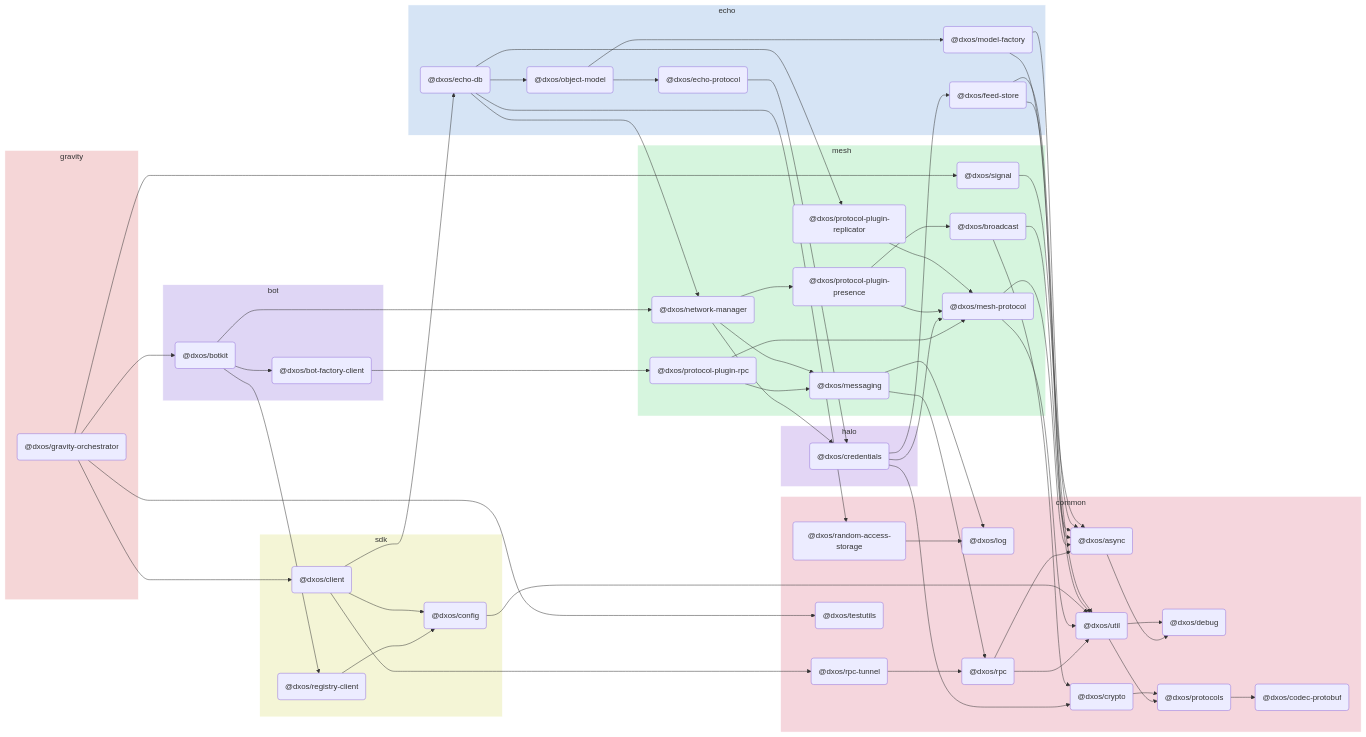
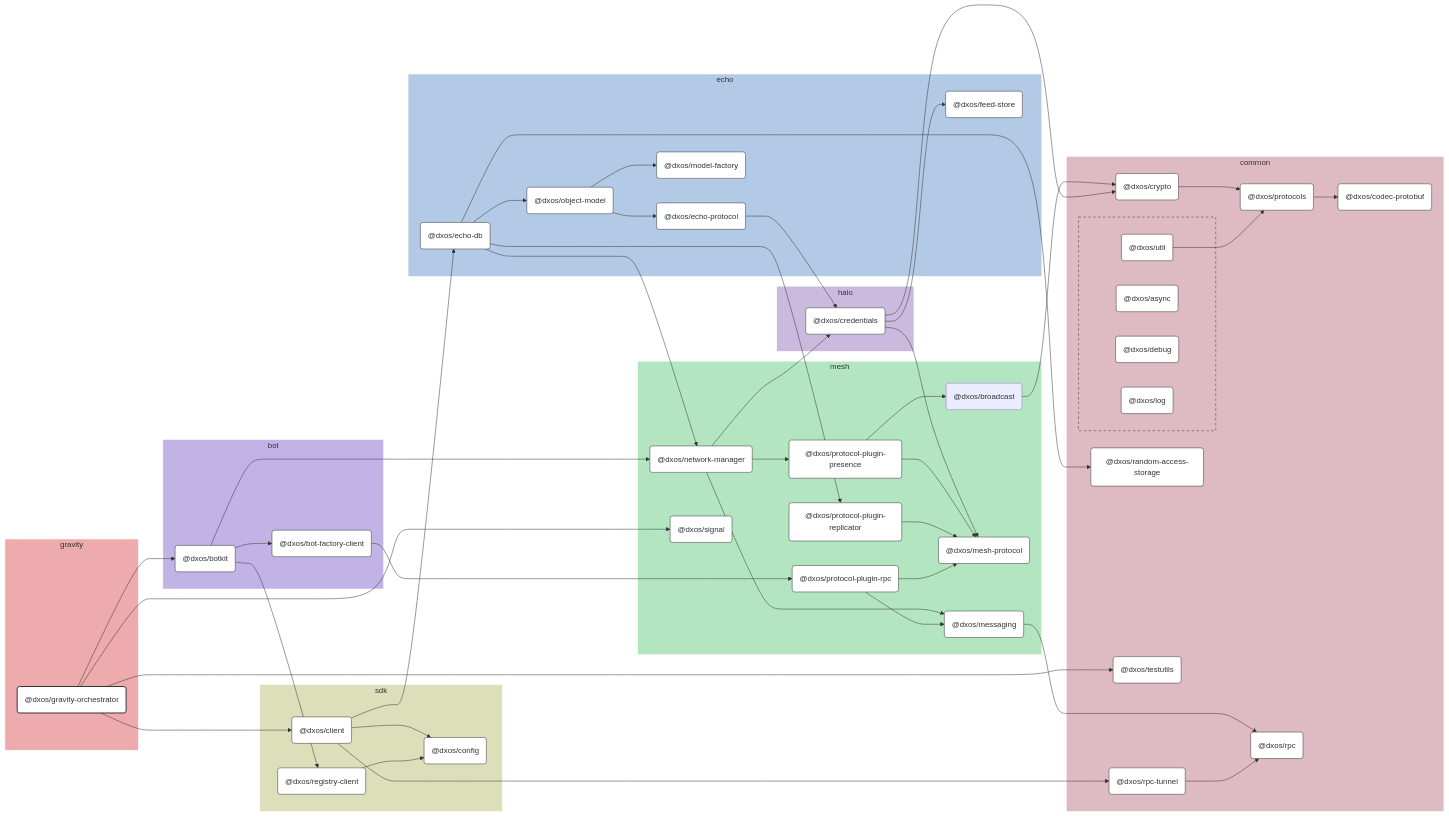
Before and after one commit to dxos/dxos: the diagram in packages/gravity/orchestrator/docs/README.md, drawn with Mermaid. The commit also changed other lines of this file and 109 other files, not shown here.

````diff
--- a/packages/gravity/orchestrator/docs/README.md
+++ b/packages/gravity/orchestrator/docs/README.md
@@ -5,114 +7,184 @@
 ```mermaid
-flowchart LR;
+%%{ init: {'flowchart':{'curve':'basis'}} }%%
 
+flowchart LR
+
+%% Links
+dxos/bot-factory-client --> dxos/protocol-plugin-rpc;
+dxos/botkit --> dxos/bot-factory-client;
+dxos/botkit --> dxos/network-manager;
+dxos/botkit --> dxos/registry-client;
+dxos/broadcast --> dxos/crypto;
+dxos/client --> dxos/config;
+dxos/client --> dxos/echo-db;
+dxos/client --> dxos/rpc-tunnel;
+dxos/credentials --> dxos/crypto;
+dxos/credentials --> dxos/feed-store;
+dxos/credentials --> dxos/mesh-protocol;
+dxos/crypto --> dxos/protocols;
+dxos/echo-db --> dxos/network-manager;
+dxos/echo-db --> dxos/object-model;
+dxos/echo-db --> dxos/protocol-plugin-replicator;
+dxos/echo-db --> dxos/random-access-storage;
+dxos/echo-protocol --> dxos/credentials;
+dxos/gravity-orchestrator --> dxos/botkit;
+dxos/gravity-orchestrator --> dxos/client;
+dxos/gravity-orchestrator --> dxos/signal;
+dxos/gravity-orchestrator --> dxos/testutils;
+dxos/messaging --> dxos/rpc;
+dxos/network-manager --> dxos/credentials;
+dxos/network-manager --> dxos/messaging;
+dxos/network-manager --> dxos/protocol-plugin-presence;
+dxos/object-model --> dxos/echo-protocol;
+dxos/object-model --> dxos/model-factory;
+dxos/protocol-plugin-presence --> dxos/broadcast;
+dxos/protocol-plugin-presence --> dxos/mesh-protocol;
+dxos/protocol-plugin-replicator --> dxos/mesh-protocol;
+dxos/protocol-plugin-rpc --> dxos/mesh-protocol;
+dxos/protocol-plugin-rpc --> dxos/messaging;
+dxos/protocols --> dxos/codec-protobuf;
+dxos/registry-client --> dxos/config;
+dxos/rpc-tunnel --> dxos/rpc;
+dxos/util --> dxos/protocols;
+
+%% Sections
 subgraph gravity
-  style gravity fill:#f5d6d7,stroke:#fff;
-  dxos/gravity-orchestrator("@dxos/gravity-orchestrator");
+  style gravity fill:#edabad,stroke:#fff;
+
+  dxos/gravity-orchestrator("@dxos/gravity-orchestrator")
 end
 
 subgraph bot
-  style bot fill:#dfd6f5,stroke:#fff;
-  dxos/bot-factory-client("@dxos/bot-factory-client");
-  dxos/botkit("@dxos/botkit");
+  style bot fill:#c2b3e6,stroke:#fff;
+
+  dxos/bot-factory-client("@dxos/bot-factory-client")
+  dxos/botkit("@dxos/botkit")
 end
 
 subgraph common
-  style common fill:#f5d6dd,stroke:#fff;
-  dxos/async("@dxos/async");
-  dxos/debug("@dxos/debug");
-  dxos/codec-protobuf("@dxos/codec-protobuf");
-  dxos/log("@dxos/log");
-  dxos/protocols("@dxos/protocols");
-  dxos/rpc("@dxos/rpc");
-  dxos/util("@dxos/util");
-  dxos/crypto("@dxos/crypto");
-  dxos/random-access-storage("@dxos/random-access-storage");
-  dxos/rpc-tunnel("@dxos/rpc-tunnel");
-  dxos/testutils("@dxos/testutils");
+  style common fill:#debac2,stroke:#fff;
+
+  dxos/codec-protobuf("@dxos/codec-protobuf")
+  dxos/crypto("@dxos/crypto")
+  dxos/protocols("@dxos/protocols")
+  dxos/random-access-storage("@dxos/random-access-storage")
+  dxos/rpc("@dxos/rpc")
+  dxos/rpc-tunnel("@dxos/rpc-tunnel")
+  dxos/testutils("@dxos/testutils")
+
+  subgraph common-excluded [ ]
+    style common-excluded fill:#debac2,stroke:#333,stroke-dasharray:5 5;
+
+    dxos/async("@dxos/async")
+    dxos/debug("@dxos/debug")
+    dxos/log("@dxos/log")
+    dxos/util("@dxos/util")
+  end
 end
 
 subgraph mesh
-  style mesh fill:#d6f5de,stroke:#fff;
-  dxos/protocol-plugin-rpc("@dxos/protocol-plugin-rpc");
-  dxos/messaging("@dxos/messaging");
-  dxos/mesh-protocol("@dxos/mesh-protocol");
-  dxos/network-manager("@dxos/network-manager");
-  dxos/protocol-plugin-presence("@dxos/protocol-plugin-presence");
-  dxos/broadcast("@dxos/broadcast");
-  dxos/protocol-plugin-replicator("@dxos/protocol-plugin-replicator");
-  dxos/signal("@dxos/signal");
+  style mesh fill:#b3e6c0,stroke:#fff;
+
+  dxos/broadcast("@dxos/broadcast")
+  dxos/mesh-protocol("@dxos/mesh-protocol")
+  dxos/messaging("@dxos/messaging")
+  dxos/network-manager("@dxos/network-manager")
+  dxos/protocol-plugin-presence("@dxos/protocol-plugin-presence")
+  dxos/protocol-plugin-replicator("@dxos/protocol-plugin-replicator")
+  dxos/protocol-plugin-rpc("@dxos/protocol-plugin-rpc")
+  dxos/signal("@dxos/signal")
 end
 
 subgraph sdk
-  style sdk fill:#f4f5d6,stroke:#fff;
-  dxos/config("@dxos/config");
-  dxos/registry-client("@dxos/registry-client");
-  dxos/client("@dxos/client");
+  style sdk fill:#dddeba,stroke:#fff;
+
+  dxos/client("@dxos/client")
+  dxos/config("@dxos/config")
+  dxos/registry-client("@dxos/registry-client")
 end
 
 subgraph halo
-  style halo fill:#e3d6f5,stroke:#fff;
-  dxos/credentials("@dxos/credentials");
+  style halo fill:#cabade,stroke:#fff;
+
+  dxos/credentials("@dxos/credentials")
 end
 
 subgraph echo
-  style echo fill:#d6e4f5,stroke:#fff;
-  dxos/feed-store("@dxos/feed-store");
-  dxos/echo-db("@dxos/echo-db");
-  dxos/echo-protocol("@dxos/echo-protocol");
-  dxos/model-factory("@dxos/model-factory");
-  dxos/object-model("@dxos/object-model");
+  style echo fill:#b3cae6,stroke:#fff;
+
+  dxos/echo-db("@dxos/echo-db")
+  dxos/echo-protocol("@dxos/echo-protocol")
+  dxos/feed-store("@dxos/feed-store")
+  dxos/model-factory("@dxos/model-factory")
+  dxos/object-model("@dxos/object-model")
 end
 
-dxos/async --> dxos/debug;
-dxos/bot-factory-client --> dxos/protocol-plugin-rpc;
-dxos/protocol-plugin-rpc --> dxos/messaging;
-dxos/messaging --> dxos/log;
-dxos/protocols --> dxos/codec-protobuf;
-dxos/messaging --> dxos/rpc;
-dxos/rpc --> dxos/async;
-dxos/rpc --> dxos/util;
-dxos/util --> dxos/debug;
-dxos/util --> dxos/protocols;
-dxos/protocol-plugin-rpc --> dxos/mesh-protocol;
-dxos/mesh-protocol --> dxos/async;
-dxos/mesh-protocol --> dxos/util;
-dxos/gravity-orchestrator --> dxos/botkit;
-dxos/botkit --> dxos/bot-factory-client;
-dxos/config --> dxos/util;
-dxos/crypto --> dxos/protocols;
-dxos/botkit --> dxos/network-manager;
-dxos/network-manager --> dxos/credentials;
-dxos/credentials --> dxos/crypto;
-dxos/credentials --> dxos/feed-store;
-dxos/feed-store --> dxos/async;
-dxos/feed-store --> dxos/util;
-dxos/credentials --> dxos/mesh-protocol;
-dxos/network-manager --> dxos/messaging;
-dxos/network-manager --> dxos/protocol-plugin-presence;
-dxos/protocol-plugin-presence --> dxos/broadcast;
-dxos/broadcast --> dxos/async;
-dxos/broadcast --> dxos/crypto;
-dxos/protocol-plugin-presence --> dxos/mesh-protocol;
-dxos/botkit --> dxos/registry-client;
-dxos/registry-client --> dxos/config;
-dxos/gravity-orchestrator --> dxos/client;
-dxos/client --> dxos/config;
-dxos/client --> dxos/echo-db;
-dxos/echo-protocol --> dxos/credentials;
-dxos/model-factory --> dxos/async;
-dxos/model-factory --> dxos/util;
-dxos/echo-db --> dxos/network-manager;
-dxos/echo-db --> dxos/object-model;
-dxos/object-model --> dxos/echo-protocol;
-dxos/object-model --> dxos/model-factory;
-dxos/echo-db --> dxos/protocol-plugin-replicator;
-dxos/protocol-plugin-replicator --> dxos/mesh-protocol;
-dxos/echo-db --> dxos/random-access-storage;
-dxos/random-access-storage --> dxos/log;
-dxos/client --> dxos/rpc-tunnel;
-dxos/rpc-tunnel --> dxos/rpc;
-dxos/gravity-orchestrator --> dxos/signal;
-dxos/signal --> dxos/async;
-dxos/gravity-orchestrator --> dxos/testutils;
+
+%% Hyperlinks
+click dxos/async href "https:/github.com/dxos/dxos/tree/main/packages/common/async/docs";
+click dxos/bot-factory-client href "https:/github.com/dxos/dxos/tree/main/packages/bot/bot-factory-client/docs";
+click dxos/botkit href "https:/github.com/dxos/dxos/tree/main/packages/bot/botkit/docs";
+click dxos/client href "https:/github.com/dxos/dxos/tree/main/packages/sdk/client/docs";
+click dxos/codec-protobuf href "https:/github.com/dxos/dxos/tree/main/packages/common/codec-protobuf/docs";
+click dxos/config href "https:/github.com/dxos/dxos/tree/main/packages/sdk/config/docs";
+click dxos/credentials href "https:/github.com/dxos/dxos/tree/main/packages/halo/credentials/docs";
+click dxos/crypto href "https:/github.com/dxos/dxos/tree/main/packages/common/crypto/docs";
+click dxos/debug href "https:/github.com/dxos/dxos/tree/main/packages/common/debug/docs";
+click dxos/echo-db href "https:/github.com/dxos/dxos/tree/main/packages/echo/echo-db/docs";
+click dxos/echo-protocol href "https:/github.com/dxos/dxos/tree/main/packages/echo/echo-protocol/docs";
+click dxos/feed-store href "https:/github.com/dxos/dxos/tree/main/packages/echo/feed-store/docs";
+click dxos/log href "https:/github.com/dxos/dxos/tree/main/packages/common/log/docs";
+click dxos/mesh-protocol href "https:/github.com/dxos/dxos/tree/main/packages/mesh/mesh-protocol/docs";
+click dxos/messaging href "https:/github.com/dxos/dxos/tree/main/packages/mesh/messaging/docs";
+click dxos/model-factory href "https:/github.com/dxos/dxos/tree/main/packages/echo/model-factory/docs";
+click dxos/network-manager href "https:/github.com/dxos/dxos/tree/main/packages/mesh/network-manager/docs";
+click dxos/object-model href "https:/github.com/dxos/dxos/tree/main/packages/echo/object-model/docs";
+click dxos/protocol-plugin-presence href "https:/github.com/dxos/dxos/tree/main/packages/mesh/protocol-plugin-presence/docs";
+click dxos/protocol-plugin-replicator href "https:/github.com/dxos/dxos/tree/main/packages/mesh/protocol-plugin-replicator/docs";
+click dxos/protocol-plugin-rpc href "https:/github.com/dxos/dxos/tree/main/packages/mesh/protocol-plugin-rpc/docs";
+click dxos/protocols href "https:/github.com/dxos/dxos/tree/main/packages/common/protocols/docs";
+click dxos/random-access-storage href "https:/github.com/dxos/dxos/tree/main/packages/common/random-access-storage/docs";
+click dxos/registry-client href "https:/github.com/dxos/dxos/tree/main/packages/sdk/registry-client/docs";
+click dxos/rpc href "https:/github.com/dxos/dxos/tree/main/packages/common/rpc/docs";
+click dxos/rpc-tunnel href "https:/github.com/dxos/dxos/tree/main/packages/common/rpc-tunnel/docs";
+click dxos/signal href "https:/github.com/dxos/dxos/tree/main/packages/mesh/signal/docs";
+click dxos/testutils href "https:/github.com/dxos/dxos/tree/main/packages/common/testutils/docs";
+click dxos/util href "https:/github.com/dxos/dxos/tree/main/packages/common/util/docs";
+
+%% Styles
+classDef rootNode fill:#fff,stroke:#333,stroke-width:2px
+classDef defaultNode fill:#fff,stroke:#333,stroke-width:1px
+linkStyle default stroke:#333,stroke-width:1px
+
+dxos/gravity-orchestrator:::rootNode
+
+dxos/async:::defaultNode
+dxos/bot-factory-client:::defaultNode
+dxos/botkit:::defaultNode
+dxos/client:::defaultNode
+dxos/codec-protobuf:::defaultNode
+dxos/config:::defaultNode
+dxos/credentials:::defaultNode
+dxos/crypto:::defaultNode
+dxos/debug:::defaultNode
+dxos/echo-db:::defaultNode
+dxos/echo-protocol:::defaultNode
+dxos/feed-store:::defaultNode
+dxos/log:::defaultNode
+dxos/mesh-protocol:::defaultNode
+dxos/messaging:::defaultNode
+dxos/model-factory:::defaultNode
+dxos/network-manager:::defaultNode
+dxos/object-model:::defaultNode
+dxos/protocol-plugin-presence:::defaultNode
+dxos/protocol-plugin-replicator:::defaultNode
+dxos/protocol-plugin-rpc:::defaultNode
+dxos/protocols:::defaultNode
+dxos/random-access-storage:::defaultNode
+dxos/registry-client:::defaultNode
+dxos/rpc:::defaultNode
+dxos/rpc-tunnel:::defaultNode
+dxos/signal:::defaultNode
+dxos/testutils:::defaultNode
+dxos/util:::defaultNode
 ```
````
